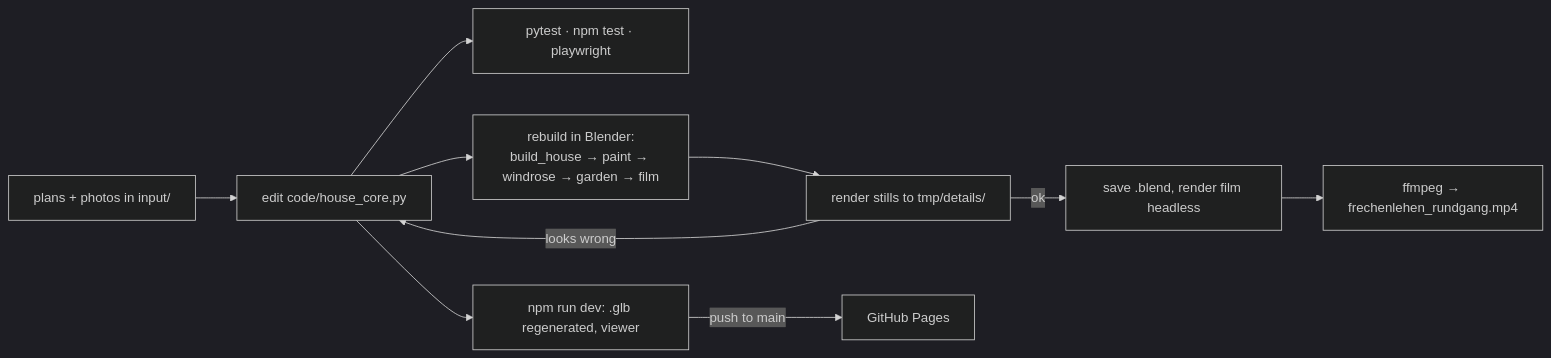
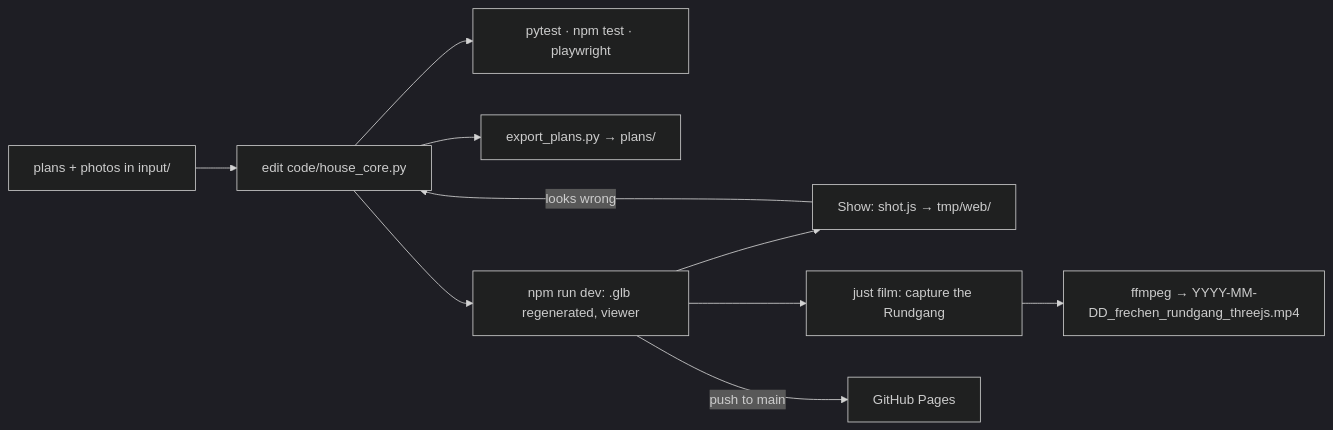
Before and after one commit to tillg/frechen_blender: the fifth of 5 diagrams in specs/system/domain.md, drawn with Mermaid (dark theme). The commit also changed other lines of this file and 12 other files, not shown here.

First line of the commit message:
Blender backend dormant: drop the parity tests and the rebuild/save steps (#35)

````diff
--- a/specs/system/domain.md
+++ b/specs/system/domain.md
@@ -218,12 +219,12 @@
 ```mermaid
 flowchart LR
     P[plans + photos in input/] --> E[edit code/house_core.py]
     E --> T[pytest · npm test · playwright]
-    E --> R[rebuild in Blender:<br/>build_house → paint → windrose → garden → film]
-    R --> S[render stills to tmp/details/]
+    E --> PL[export_plans.py → plans/]
+    E --> W[npm run dev: .glb regenerated, viewer]
+    W --> S[Show: shot.js → tmp/web/]
     S -->|looks wrong| E
-    S -->|ok| F[save .blend, render film headless]
-    F --> M[ffmpeg → frechenlehen_rundgang.mp4]
-    E --> W[npm run dev: .glb regenerated, viewer]
+    W --> F[just film: capture the Rundgang]
+    F --> M[ffmpeg → YYYY-MM-DD_frechen_rundgang_threejs.mp4]
     W -->|push to main| G[GitHub Pages]
 ```
````
